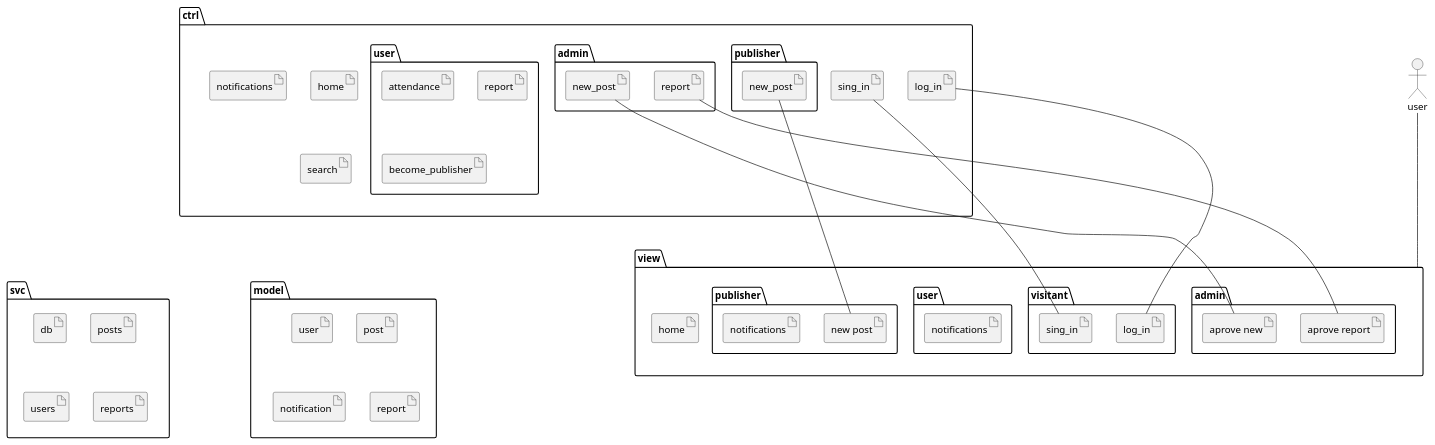
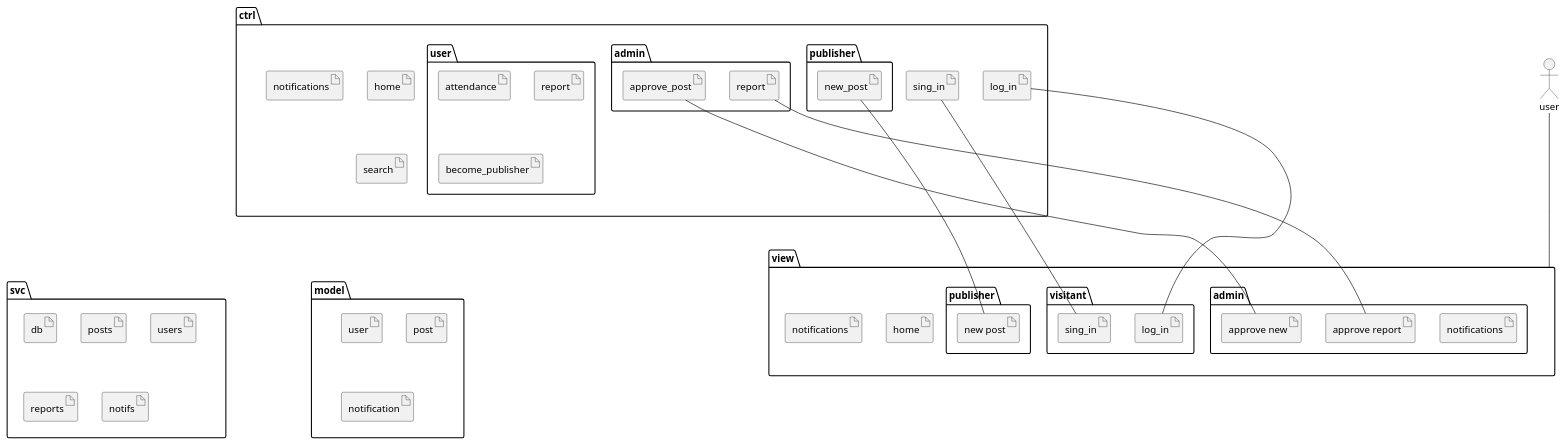
Before and after one commit to mazHania4/o_k_h: the diagram in docs/diagramas/packages.puml, drawn with PlantUML. The commit also changed 13 other files, not shown here.

```diff
--- a/docs/diagramas/packages.puml
+++ b/docs/diagramas/packages.puml
@@ -1,82 +1,79 @@
 @startuml packages
 
 package ctrl {
     artifact "home" as home_ctrl
     artifact "log_in" as login_ctrl
     artifact "sing_in" as singin_ctrl
 
     artifact "notifications" as not_ctrl
     artifact "search" as publ_ctrl
 
     package "admin" as adm_ctrl {
-        artifact "new_post" as adm_new_ctrl
+        artifact "approve_post" as adm_new_ctrl
         artifact "report" as adm_rep_ctrl
     }
 
     package "publisher" as publisher_ctrl {
         artifact "new_post" as publisher_new_ctrl
     }
 
     package "user" as usr_ctrl {
         artifact "attendance" as usr_attend_ctrl
         artifact "report" as usr_rep_ctrl
         artifact "become_publisher" as usr_to_publisher_ctrl
     }
 }
 
 package svc {
     artifact "db" as db
     artifact "posts" as posts_svc
     artifact "users" as users_svc
     artifact "reports" as reports_svc
+    artifact "notifs" as notif_svc
 }
 
 package view {
 
     artifact "home" as v_home
+    artifact "notifications" as u_not
     
     package "admin" as adm_view {
-        artifact "aprove new" as adm_new_view
-        artifact "aprove report" as adm_rep_view
+        artifact "notifications" as a_not
+        artifact "approve new" as adm_new_view
+        artifact "approve report" as adm_rep_view
     }
 
     package "visitant" as vs_view {
         artifact "log_in" as login_view
         artifact "sing_in" as singin_view
     }
 
-    package "user" as usr_view {
-        artifact "notifications" as u_not
-    }
-
     package "publisher" as publisher_view {
         artifact "new post" as publisher_new_view
-        artifact "notifications" as p_not
     }
     
 }
 
 package model {
     artifact "user" as user
     artifact "post" as post
     artifact "notification" as notif
-    artifact "report" as report
 }
 
 actor user as stick
 
 view--u[hidden]--ctrl
 stick----view
 ctrl--[hidden]--svc
 ctrl--[hidden]--model
 
 adm_new_view -u- adm_new_ctrl
 adm_rep_view -u- adm_rep_ctrl
 
 login_view -u- login_ctrl
 singin_view -u- singin_ctrl
 
 publisher_new_view -u- publisher_new_ctrl
 
 
 @enduml
```
